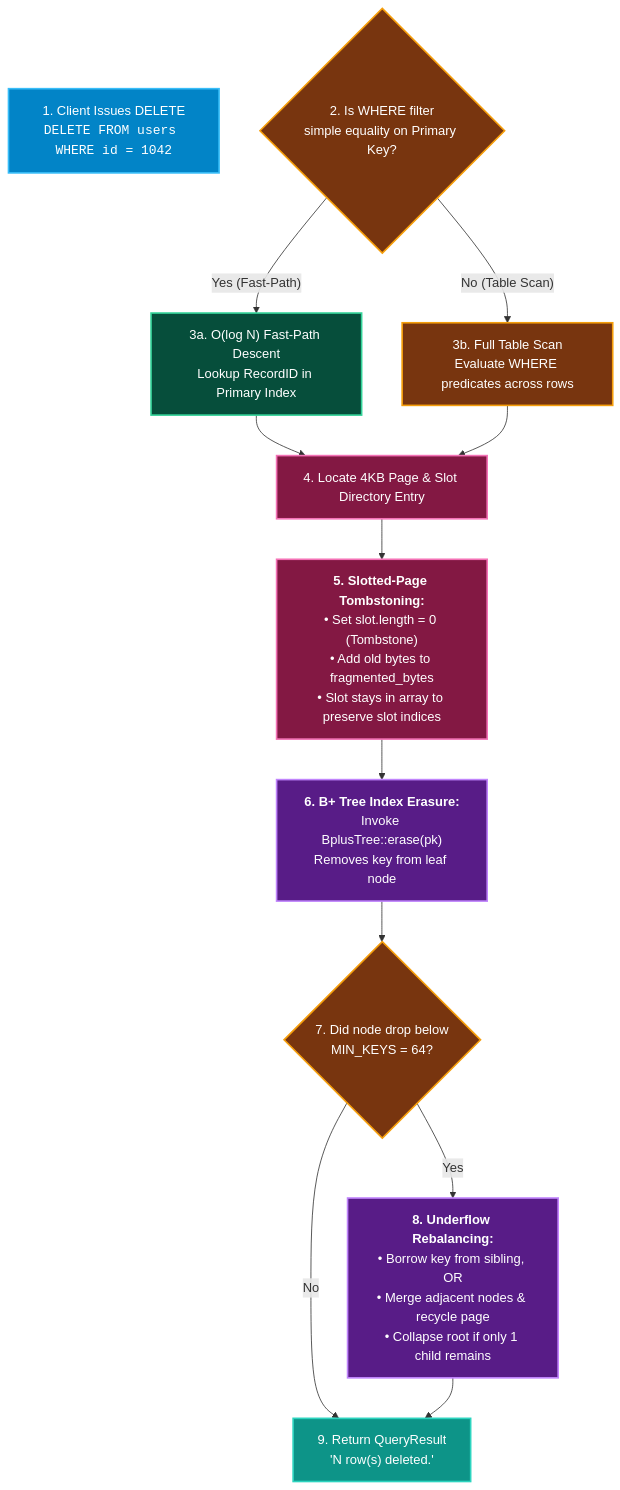
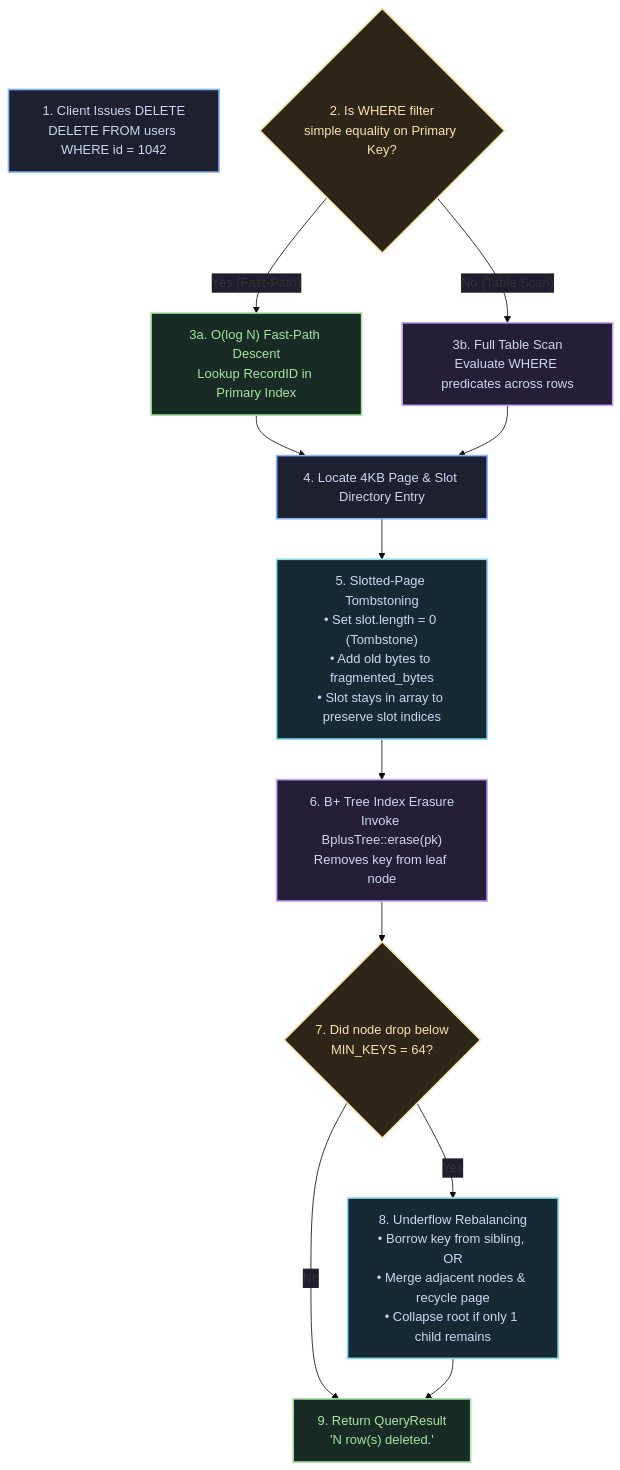
One commit to KAAZamapiloT/QUARTZ_DB changed the diagram in docs/sql/statements/delete.md. Above: the diagram before and after it, drawn with Mermaid. The commit also changed 18 other files, not shown here.

````diff
--- a/docs/sql/statements/delete.md
+++ b/docs/sql/statements/delete.md
@@ -39,29 +39,29 @@
 ```mermaid
+%%{init: {'theme': 'base', 'themeVariables': {'edgeLabelBackground': '#1e1e2e', 'tertiaryTextColor': '#cdd6f4'}}}%%
 flowchart TD
-    %% Colorful DELETE Flow
-    classDef stepStart fill:#0284c7,stroke:#38bdf8,stroke-width:2px,color:#ffffff;
-    classDef stepCheck fill:#78350f,stroke:#f59e0b,stroke-width:2px,color:#ffffff;
-    classDef stepFast fill:#064e3b,stroke:#34d399,stroke-width:2px,color:#ffffff;
-    classDef stepTomb fill:#831843,stroke:#f472b6,stroke-width:2px,color:#ffffff;
-    classDef stepBpt fill:#581c87,stroke:#c084fc,stroke-width:2px,color:#ffffff;
-    classDef stepSuccess fill:#0d9488,stroke:#2dd4bf,stroke-width:2px,color:#ffffff;
+    classDef entry fill:#1e2030,stroke:#89b4fa,stroke-width:2px,color:#cdd6f4;
+    classDef guard fill:#2e2619,stroke:#f9e2af,stroke-width:2px,color:#f9e2af;
+    classDef success fill:#182c25,stroke:#a6e3a1,stroke-width:2px,color:#a6e3a1;
+    classDef error fill:#331c24,stroke:#f38ba8,stroke-width:2px,color:#f38ba8;
+    classDef disk fill:#241e38,stroke:#cba6f7,stroke-width:2px,color:#cdd6f4;
+    classDef shared fill:#162a35,stroke:#89dceb,stroke-width:2px,color:#cdd6f4;
 
-    Start["1. Client Issues DELETE<br><code>DELETE FROM users WHERE id = 1042</code>"]:::stepStart
-    CheckPK{"2. Is WHERE filter<br>simple equality on Primary Key?"}:::stepCheck
+    Start["1. Client Issues DELETE<br/>DELETE FROM users WHERE id = 1042"]:::entry
+    CheckPK{"2. Is WHERE filter<br/>simple equality on Primary Key?"}:::guard
 
-    CheckPK -- "Yes (Fast-Path)" --> BTreeRoute["3a. O(log N) Fast-Path Descent<br>Lookup RecordID in Primary Index"]:::stepFast
-    CheckPK -- "No (Table Scan)" --> ScanRoute["3b. Full Table Scan<br>Evaluate WHERE predicates across rows"]:::stepCheck
+    CheckPK -- "Yes (Fast-Path)" --> BTreeRoute["3a. O(log N) Fast-Path Descent<br/>Lookup RecordID in Primary Index"]:::success
+    CheckPK -- "No (Table Scan)" --> ScanRoute["3b. Full Table Scan<br/>Evaluate WHERE predicates across rows"]:::disk
 
-    BTreeRoute --> LocateSlot["4. Locate 4KB Page &amp; Slot Directory Entry"]:::stepTomb
+    BTreeRoute --> LocateSlot["4. Locate 4KB Page &amp; Slot Directory Entry"]:::entry
     ScanRoute --> LocateSlot
 
-    LocateSlot --> WriteTomb["<b>5. Slotted-Page Tombstoning:</b><br>&bull; Set slot.length = 0 (Tombstone)<br>&bull; Add old bytes to fragmented_bytes<br>&bull; Slot stays in array to preserve slot indices"]:::stepTomb
+    LocateSlot --> WriteTomb["5. Slotted-Page Tombstoning<br/>&bull; Set slot.length = 0 (Tombstone)<br/>&bull; Add old bytes to fragmented_bytes<br/>&bull; Slot stays in array to preserve slot indices"]:::shared
 
-    WriteTomb --> BptErase["<b>6. B+ Tree Index Erasure:</b><br>Invoke BplusTree::erase(pk)<br>Removes key from leaf node"]:::stepBpt
+    WriteTomb --> BptErase["6. B+ Tree Index Erasure<br/>Invoke BplusTree::erase(pk)<br/>Removes key from leaf node"]:::disk
 
-    BptErase --> CheckUnderflow{"7. Did node drop below<br>MIN_KEYS = 64?"}:::stepCheck
-    CheckUnderflow -- "Yes" --> RebalanceTree["<b>8. Underflow Rebalancing:</b><br>&bull; Borrow key from sibling, OR<br>&bull; Merge adjacent nodes &amp; recycle page<br>&bull; Collapse root if only 1 child remains"]:::stepBpt
+    BptErase --> CheckUnderflow{"7. Did node drop below<br/>MIN_KEYS = 64?"}:::guard
+    CheckUnderflow -- "Yes" --> RebalanceTree["8. Underflow Rebalancing<br/>&bull; Borrow key from sibling, OR<br/>&bull; Merge adjacent nodes &amp; recycle page<br/>&bull; Collapse root if only 1 child remains"]:::shared
     CheckUnderflow -- "No" --> Finish
 
-    RebalanceTree --> Finish["9. Return QueryResult<br>'N row(s) deleted.'"]:::stepSuccess
+    RebalanceTree --> Finish["9. Return QueryResult<br/>'N row(s) deleted.'"]:::success
 ```
````
